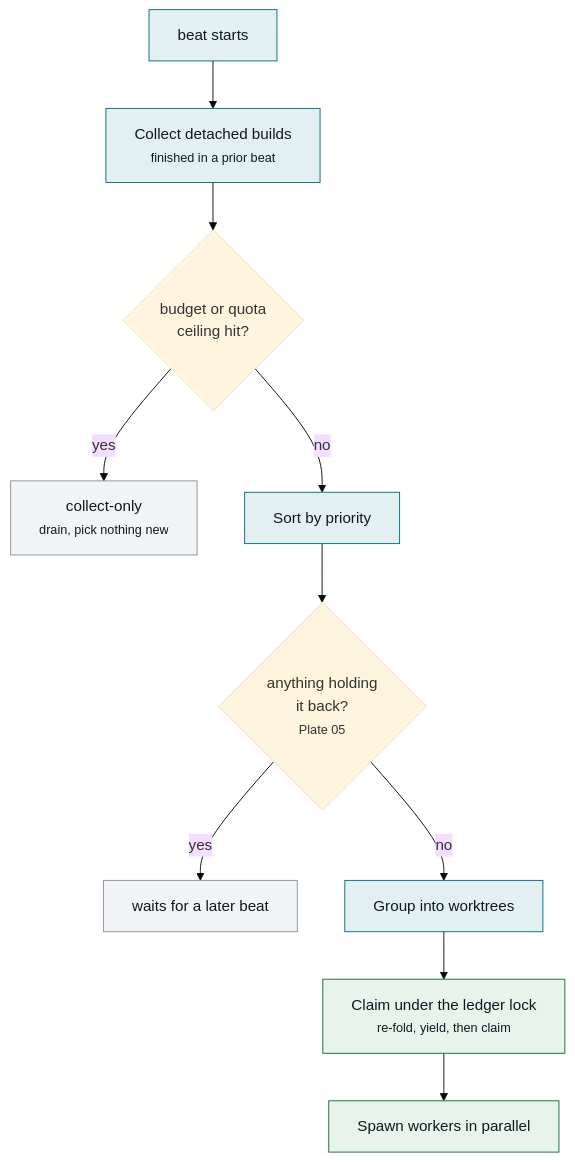
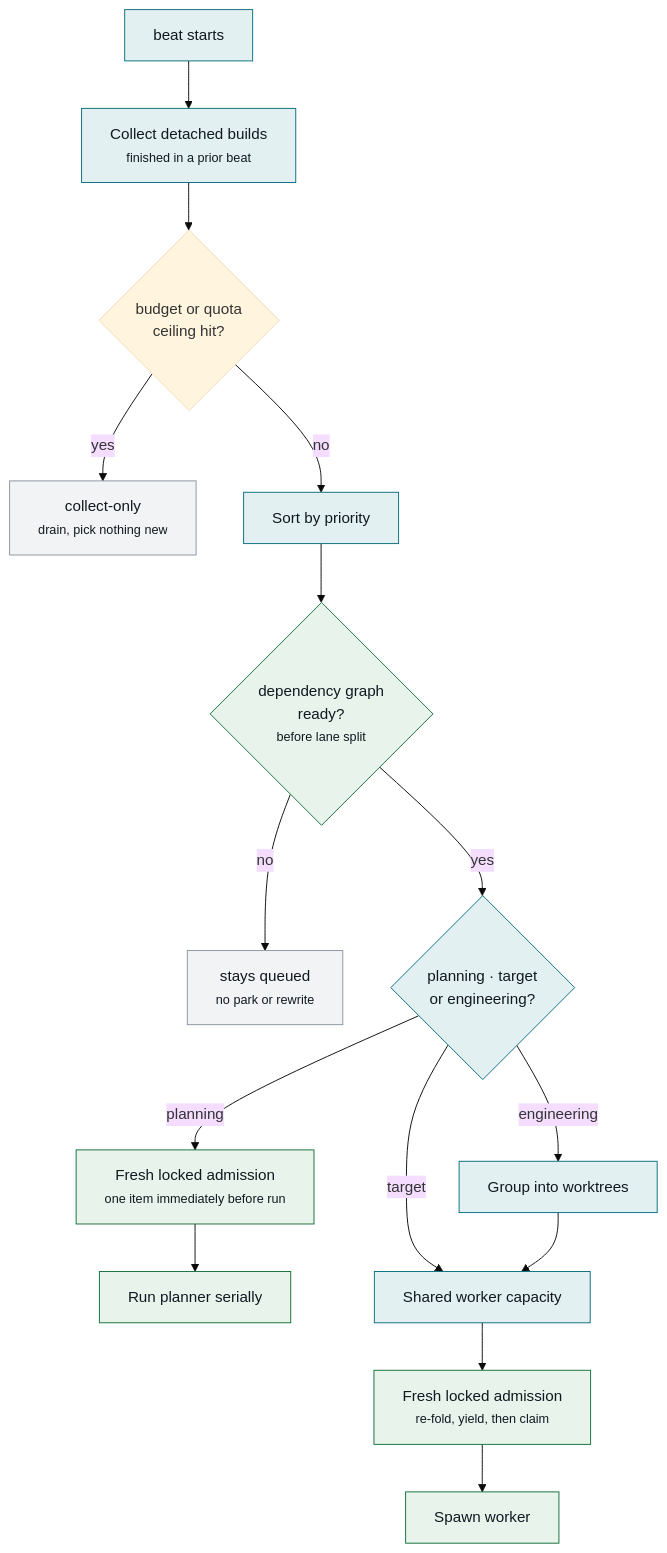
One commit to MrChikns/loopkit changed the fourth of 11 diagrams in docs/plane-flows.md. Above: the diagram before and after it, drawn with Mermaid (base theme). The commit also changed other lines of this file and 3 other files, not shown here.

Commit message:
docs: explain executable item flow

````diff
--- a/docs/plane-flows.md
+++ b/docs/plane-flows.md
@@ -179,19 +179,24 @@
 ```mermaid
 flowchart TD
   B["beat starts"] --> COLL["Collect detached builds<br/><small>finished in a prior beat</small>"]
   COLL --> SPEND{"budget or quota<br/>ceiling hit?"}
   SPEND -->|yes| DRAIN["collect-only<br/><small>drain, pick nothing new</small>"]
   SPEND -->|no| PICK["Sort by priority"]
-  PICK --> WAIT{"anything holding<br/>it back?<br/><small>Plate 05</small>"}
-  WAIT -->|yes| LATER["waits for a later beat"]
-  WAIT -->|no| GRP["Group into worktrees"]
-  GRP --> ARB["Claim under the ledger lock<br/><small>re-fold, yield, then claim</small>"]
-  ARB --> SPAWN["Spawn workers in parallel"]
+  PICK --> DEP{"dependency graph<br/>ready?<br/><small>before lane split</small>"}
+  DEP -->|no| LATER["stays queued<br/><small>no park or rewrite</small>"]
+  DEP -->|yes| LANE{"planning · target<br/>or engineering?"}
+  LANE -->|planning| PARB["Fresh locked admission<br/><small>one item immediately before run</small>"]
+  PARB --> PLAN["Run planner serially"]
+  LANE -->|target| CAP["Shared worker capacity"]
+  LANE -->|engineering| GRP["Group into worktrees"]
+  GRP --> CAP
+  CAP --> ARB["Fresh locked admission<br/><small>re-fold, yield, then claim</small>"]
+  ARB --> SPAWN["Spawn worker"]
 
   classDef step fill:#E3F0F2,stroke:#0B6E7F,color:#111820
   classDef pass fill:#E7F3EB,stroke:#14713A,color:#111820
   classDef inert fill:#F1F3F5,stroke:#8B95A1,color:#111820
-  class B,PICK,GRP,COLL step
-  class ARB,SPAWN pass
+  class B,PICK,GRP,COLL,LANE,CAP step
+  class DEP,PARB,ARB,PLAN,SPAWN pass
   class DRAIN,LATER inert
 ```
````
